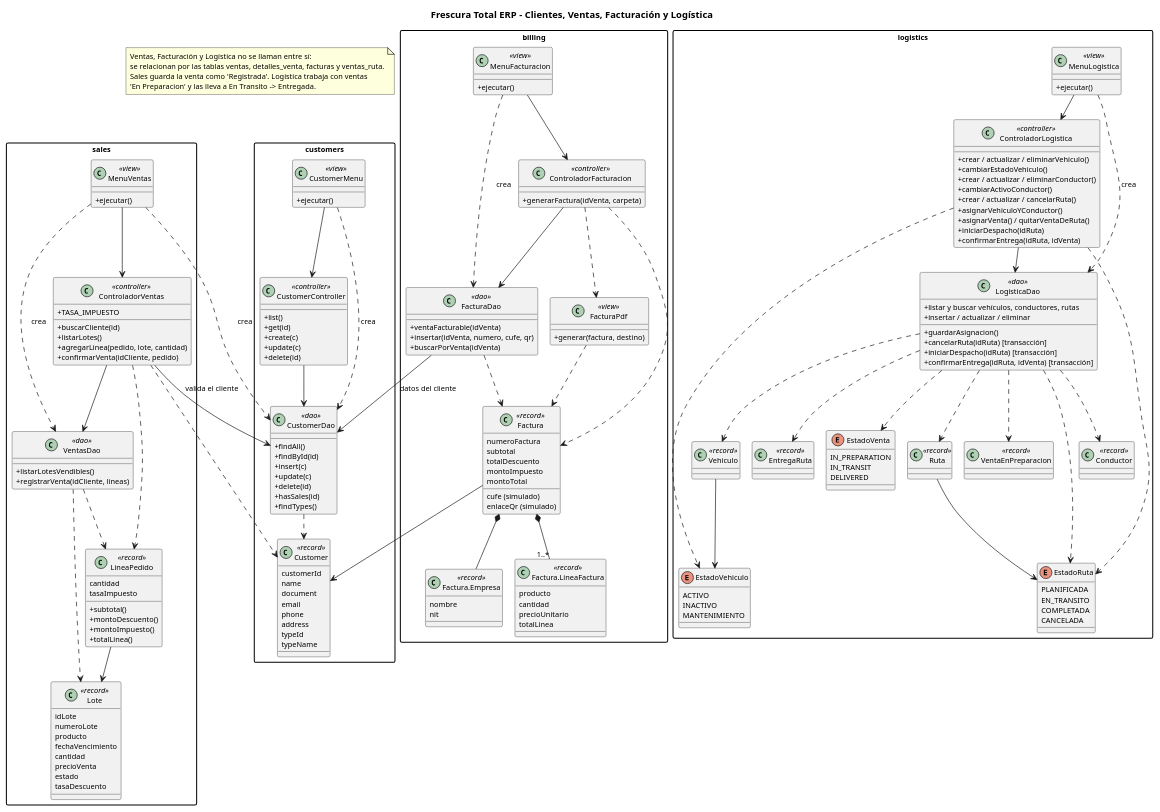
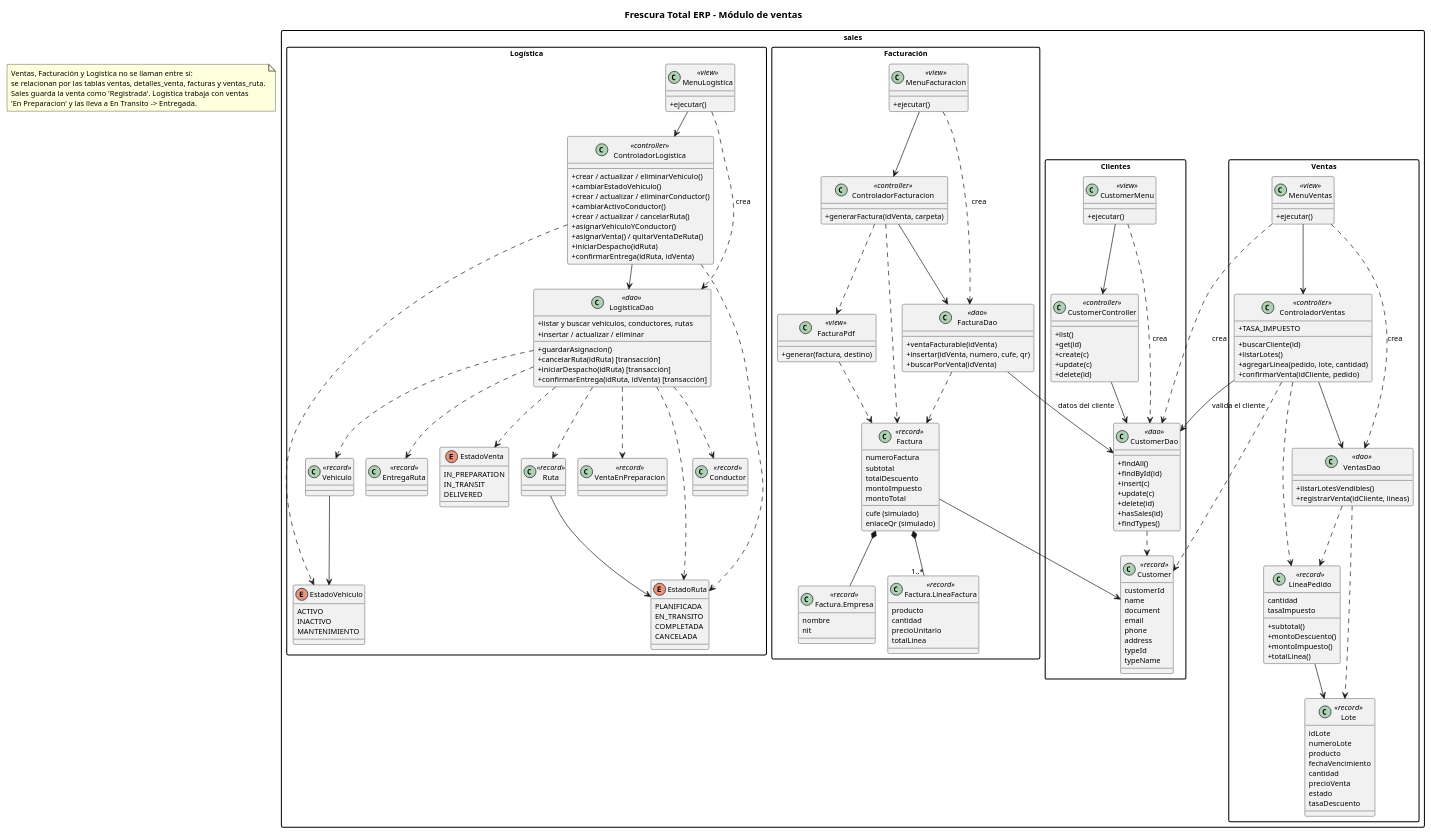
The diagram in docs/diagrama_clases.puml (SantiagoBecerraV/Simulador_Stock_Tienda_avanzado_Java), drawn with PlantUML before and after one commit. The commit also changed 23 other files, not shown here.

```diff
--- a/docs/diagrama_clases.puml
+++ b/docs/diagrama_clases.puml
@@ -1,5 +1,6 @@
 @startuml
-' Diagrama de clases: clientes, ventas, facturación y logística (com.frescuratotal.erp).
+' Diagrama de clases del paquete sales; los bloques internos agrupan funciones.
+' En Java, las clases se organizan en sales/controller, dao, model y view.
 ' Para regenerar el PNG: java -jar plantuml.jar -tpng docs/diagrama_clases.puml
 !pragma layout smetana
 skinparam classAttributeIconSize 0
@@ -8,9 +9,10 @@
 skinparam defaultFontSize 11
 skinparam ranksep 40
 skinparam nodesep 25
-title Frescura Total ERP - Clientes, Ventas, Facturación y Logística
+title Frescura Total ERP - Módulo de ventas
 
-package "customers" {
+package "sales" {
+package "Clientes" {
   class CustomerMenu <<view>> {
     +ejecutar()
   }
@@ -42,7 +44,7 @@
   }
 }
 
-package "sales" {
+package "Ventas" {
   class MenuVentas <<view>> {
     +ejecutar()
   }
@@ -77,7 +79,7 @@
   }
 }
 
-package "billing" {
+package "Facturación" {
   class MenuFacturacion <<view>> {
     +ejecutar()
   }
@@ -113,7 +115,7 @@
   }
 }
 
-package "logistics" {
+package "Logística" {
   class MenuLogistica <<view>> {
     +ejecutar()
   }
@@ -157,6 +159,7 @@
     INACTIVO
     MANTENIMIENTO
   }
+}
 }
 
 ' ---- customers ----
```
